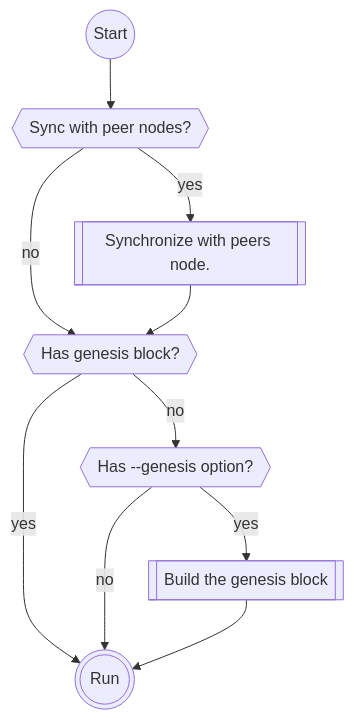
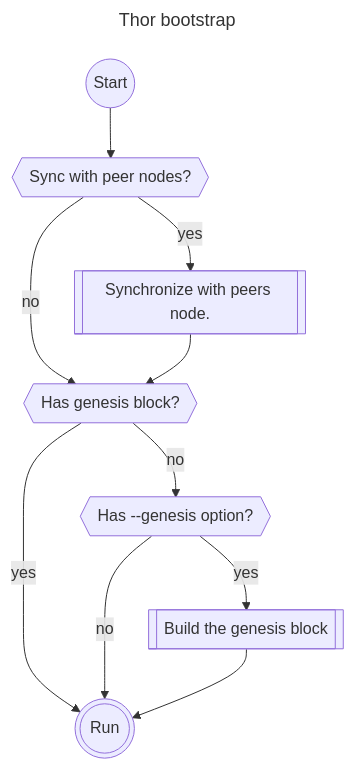
Before and after one commit to vechain/vechain-sdk-js-tutorial: the diagram in src/4.Accounts/Thor.md, drawn with Mermaid.

Commit message:
Thor explained

````diff
--- a/src/4.Accounts/Thor.md
+++ b/src/4.Accounts/Thor.md
@@ -121,19 +121,22 @@
 ```mermaid
+---
+title: Thor bootstrap
+---
 flowchart TD
    start((Start))
    is_to_synch{{Sync with peer nodes?}}
    synchronize[[Synchronize with peers node.]]
    has_genesis_block{{Has genesis block?}}
    has_genesis_option{{Has --genesis option?}}
    build_genesis[[Build the genesis block]]
    run(((Run)))
    start --> is_to_synch
    is_to_synch -->|yes|synchronize
    is_to_synch -->|no| has_genesis_block
    synchronize --> has_genesis_block
    has_genesis_block -->|no|has_genesis_option
    has_genesis_block -->|yes|run
    has_genesis_option -->|yes|build_genesis
    has_genesis_option -->|no|run
    build_genesis --> run
 ```
````
